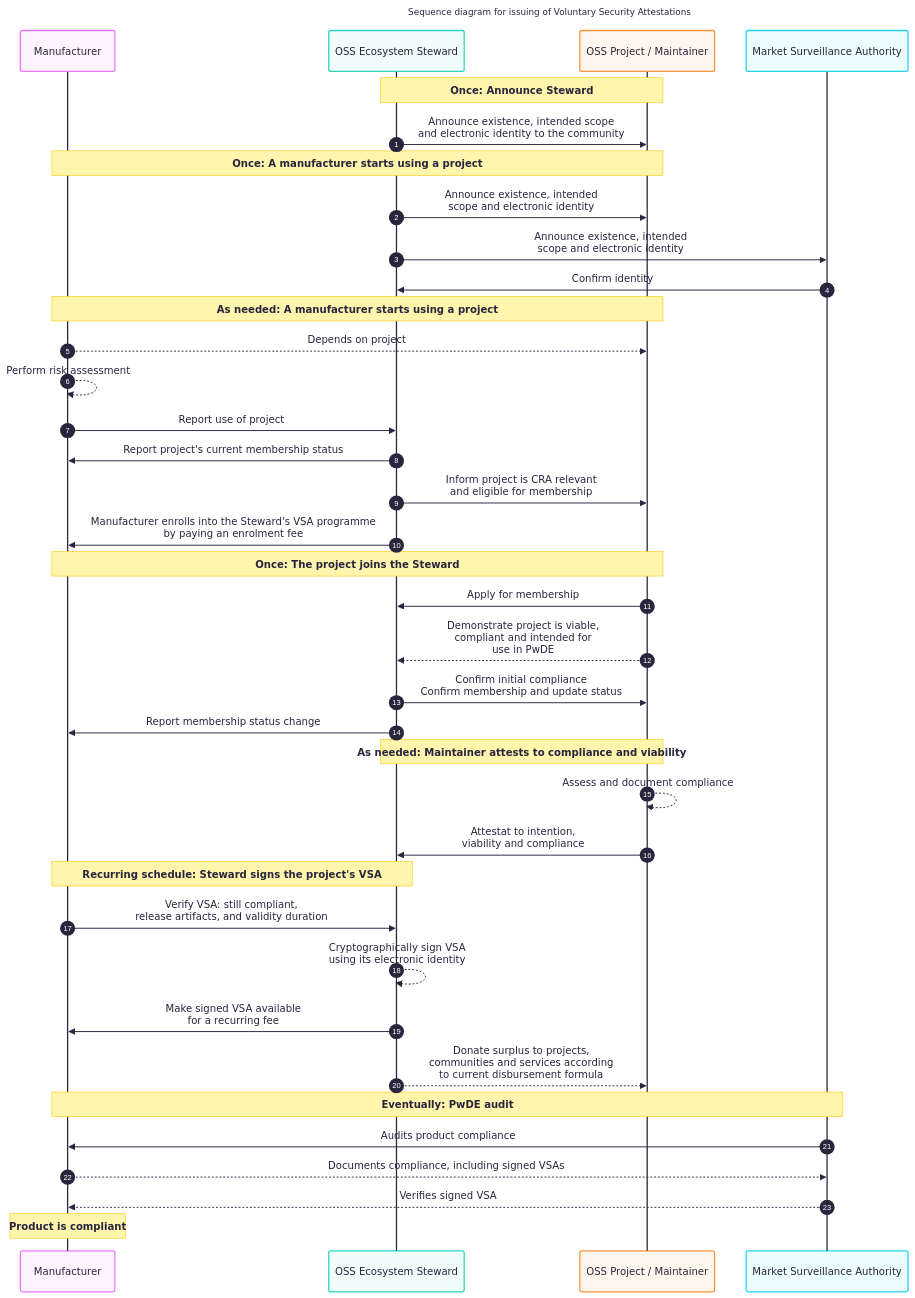
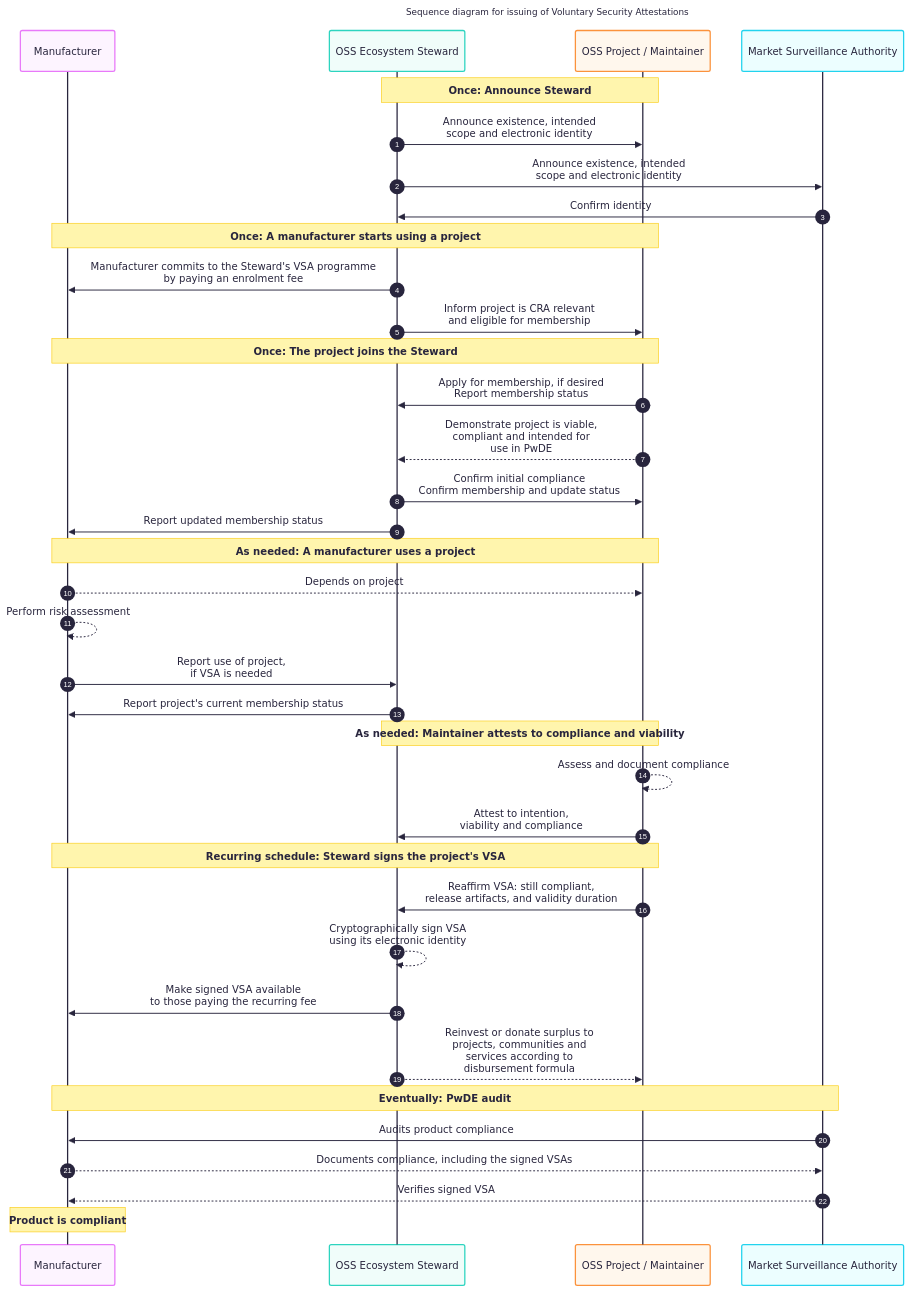
One commit to CPAN-Security/security.metacpan.org changed the diagram in docs/ecosystem-steward.md. Above: the diagram before and after it, drawn with Mermaid. The commit also changed other lines of this file, not shown here.

Commit message:
Mixed fixes from Clude

````diff
--- a/docs/ecosystem-steward.md
+++ b/docs/ecosystem-steward.md
@@ -263,46 +263,45 @@
 ```mermaid
 ---
 title: Sequence diagram for issuing of Voluntary Security Attestations
 config:
     theme: redux-color
     layout: elk
     look: classic
 ---
 sequenceDiagram
     autonumber
     participant MFG as Manufacturer
     participant ES as OSS Ecosystem Steward
     participant OSS as OSS Project / Maintainer
     participant MSA as Market Surveillance Authority
     note over ES,OSS: Once: Announce Steward
-    ES->>OSS: Announce existence, intended scope<br>and electronic identity to the community
+    ES->>OSS:   Announce existence, intended<br>scope and electronic identity
+    ES->>MSA:   Announce existence, intended<br>scope and electronic identity
+    MSA->>ES:   Confirm identity
     note over MFG,OSS: Once: A manufacturer starts using a project
-    ES->>OSS: Announce existence, intended<br>scope and electronic identity
-    ES->>MSA: Announce existence, intended<br>scope and electronic identity
-    MSA->>ES: Confirm identity
-    note over MFG,OSS: As needed: A manufacturer starts using a project
+    ES->>MFG:   Manufacturer commits to the Steward's VSA programme<br>by paying an enrolment fee
+    ES->>OSS:   Inform project is CRA relevant<br>and eligible for membership
+    note over MFG,OSS: Once: The project joins the Steward
+    OSS->>ES:   Apply for membership, if desired<br>Report membership status
+    OSS-->>ES:  Demonstrate project is viable,<br> compliant and intended for<br>use in PwDE
+    ES->>OSS:   Confirm initial compliance<br>Confirm membership and update status
+    ES->>MFG:   Report updated membership status
+    note over MFG,OSS: As needed: A manufacturer uses a project
     MFG-->>OSS: Depends on project
     MFG-->>MFG: Perform risk assessment
-    MFG->>ES:   Report use of project
+    MFG->>ES:   Report use of project,<br>if VSA is needed
     ES->>MFG:   Report project's current membership status
-    ES->>OSS:   Inform project is CRA relevant<br>and eligible for membership
-    ES->>MFG:   Manufacturer enrolls into the Steward's VSA programme<br>by paying an enrolment fee
-    note over MFG,OSS: Once: The project joins the Steward
-    OSS->>ES:   Apply for membership
-    OSS-->>ES:  Demonstrate project is viable,<br> compliant and intended for<br>use in PwDE
-    ES->>OSS:   Confirm initial compliance<br>Confirm membership and update status
-    ES->>MFG:   Report membership status change
     note over ES,OSS: As needed: Maintainer attests to compliance and viability
     OSS-->>OSS:  Assess and document compliance
-    OSS->>ES:    Attestat to intention,<br>viability and compliance
-    note over MFG,ES: Recurring schedule: Steward signs the project's VSA
-    MFG->>ES:    Verify VSA: still compliant,<br>release artifacts, and validity duration
+    OSS->>ES:    Attest to intention,<br>viability and compliance
+    note over MFG,OSS: Recurring schedule: Steward signs the project's VSA
+    OSS->>ES:    Reaffirm VSA: still compliant,<br>release artifacts, and validity duration
     ES-->>ES:    Cryptographically sign VSA<br>using its electronic identity
-    ES->>MFG:    Make signed VSA available<br>for a recurring fee
-    ES-->>OSS:   Donate surplus to projects,<br>communities and services according<br>to current disbursement formula
+    ES->>MFG:    Make signed VSA available<br>to those paying the recurring fee
+    ES-->>OSS:   Reinvest or donate surplus to<br>projects, communities and<br>services according to<br>disbursement formula
     note over MSA,MFG: Eventually: PwDE audit
     MSA->>MFG:   Audits product compliance
-    MFG-->>MSA:  Documents compliance, including signed VSAs
+    MFG-->>MSA:  Documents compliance, including the signed VSAs
     MSA-->>MFG:  Verifies signed VSA
     note over MFG: Product is compliant
 ```
````
